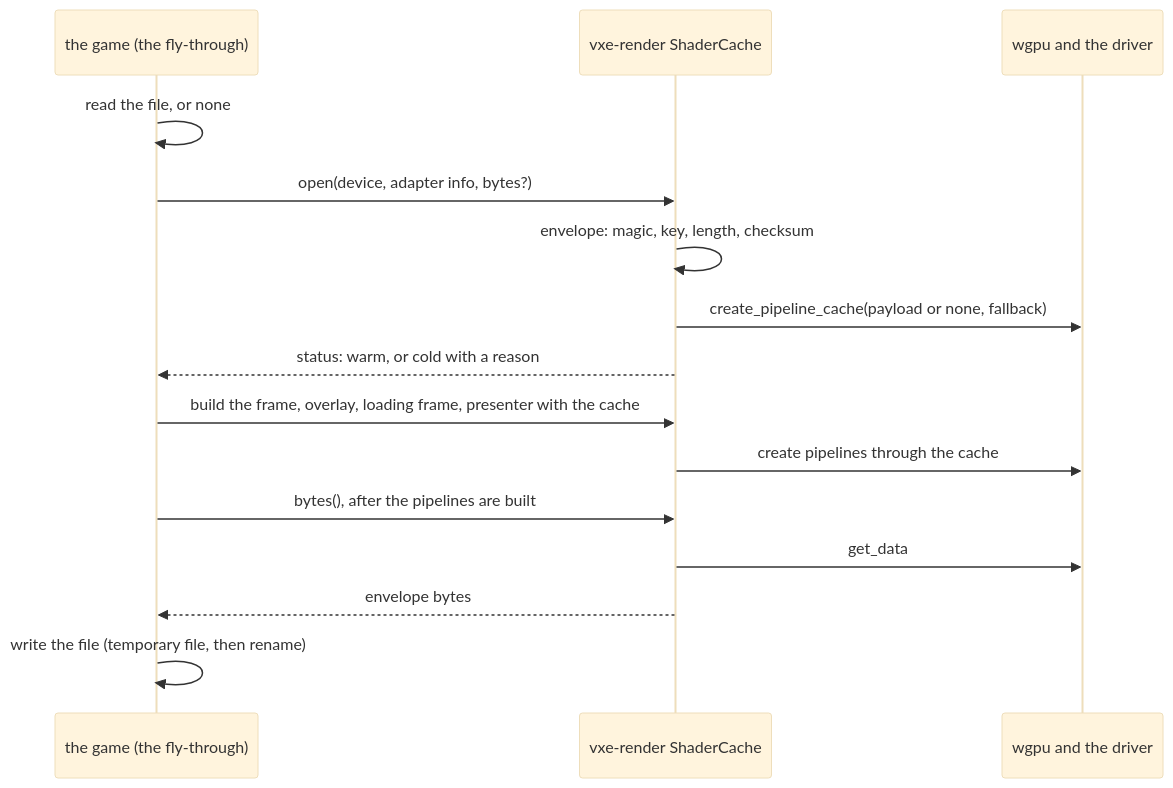
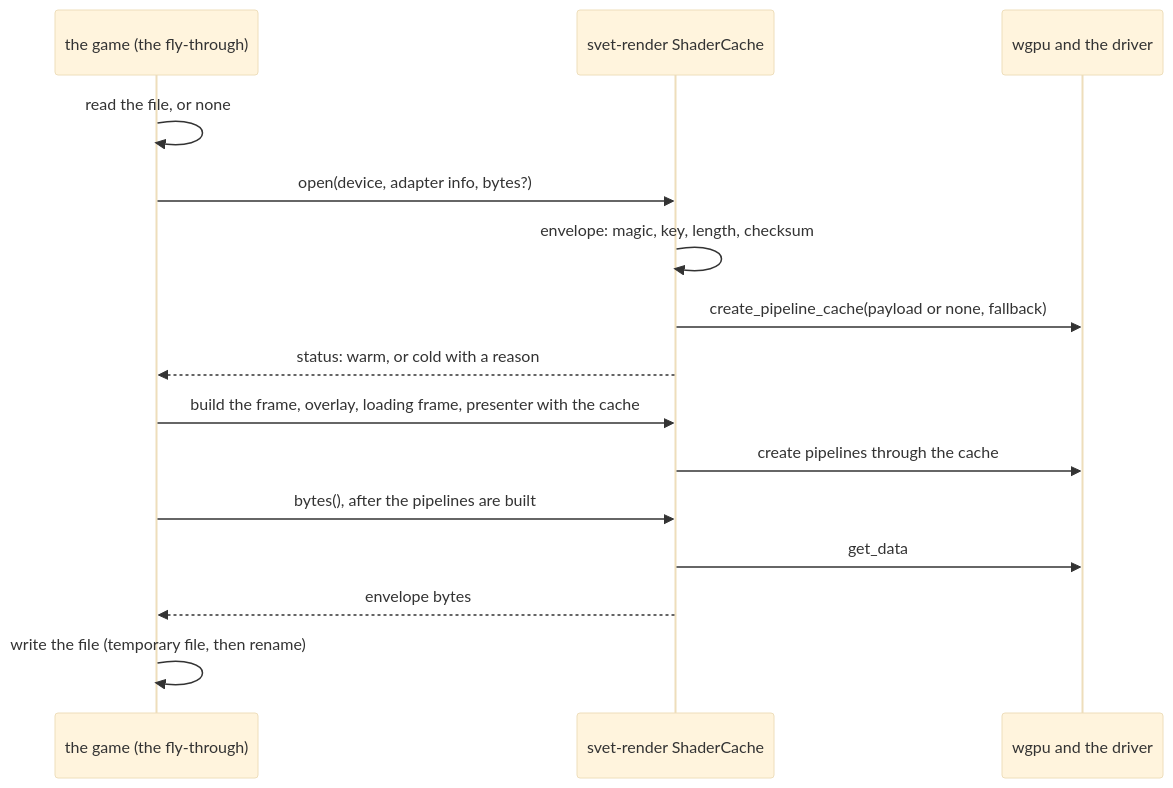
The diagram in docs/plans/0103-a-pipeline-cache-for-the-renderer-bytes-the-consumer-keeps.md (IgorKonovalov/voxel-engine), drawn with Mermaid (base theme) before and after one commit. The commit also changed other lines of this file and 53 other files, not shown here.

````diff
--- a/docs/plans/0103-a-pipeline-cache-for-the-renderer-bytes-the-consumer-keeps.md
+++ b/docs/plans/0103-a-pipeline-cache-for-the-renderer-bytes-the-consumer-keeps.md
@@ -102,17 +102,17 @@
 ```mermaid
 sequenceDiagram
     participant G as the game (the fly-through)
-    participant C as vxe-render ShaderCache
+    participant C as svet-render ShaderCache
     participant W as wgpu and the driver
     G->>G: read the file, or none
     G->>C: open(device, adapter info, bytes?)
     C->>C: envelope: magic, key, length, checksum
     C->>W: create_pipeline_cache(payload or none, fallback)
     C-->>G: status: warm, or cold with a reason
     G->>C: build the frame, overlay, loading frame, presenter with the cache
     C->>W: create pipelines through the cache
     G->>C: bytes(), after the pipelines are built
     C->>W: get_data
     C-->>G: envelope bytes
     G->>G: write the file (temporary file, then rename)
 ```
````
